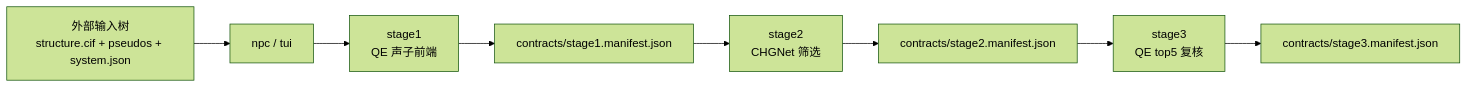
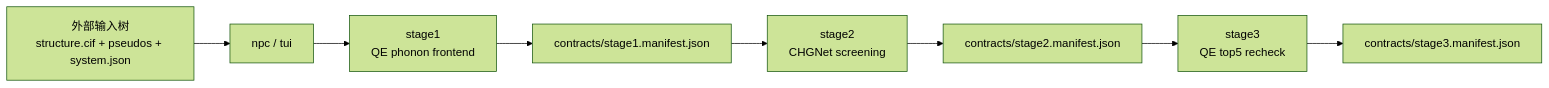
Before and after one commit to sakuralmt/Nonlinear-Phonon-Calculation: the diagram in README_zh.md, drawn with Mermaid (forest theme). The commit also changed other lines of this file and 1 other file, not shown here.

````diff
--- a/README_zh.md
+++ b/README_zh.md
@@ -198,10 +360,10 @@
 ```mermaid
 flowchart LR
     A["外部输入树\nstructure.cif + pseudos + system.json"] --> B["npc / tui"]
-    B --> C["stage1\nQE 声子前端"]
+    B --> C["stage1\nQE phonon frontend"]
     C --> D["contracts/stage1.manifest.json"]
-    D --> E["stage2\nCHGNet 筛选"]
+    D --> E["stage2\nCHGNet screening"]
     E --> F["contracts/stage2.manifest.json"]
-    F --> G["stage3\nQE top5 复核"]
+    F --> G["stage3\nQE top5 recheck"]
     G --> H["contracts/stage3.manifest.json"]
 ```
````
